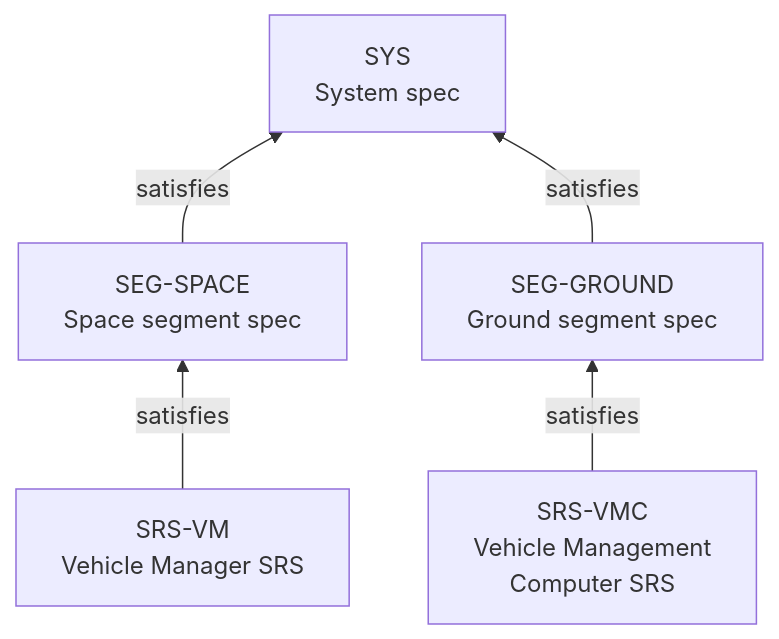
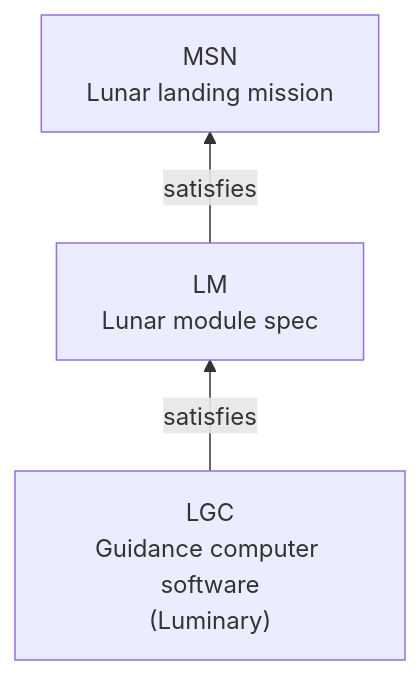
One commit to fillet54/automation-v3 changed the diagram in docs/reference/requirements.rst. Above: the diagram before and after it, drawn with Mermaid. The commit also changed other lines of this file and 29 other files, not shown here.

Commit message:
Docs and README: the Apollo lunar module as the example throughout

```diff
--- a/docs/reference/requirements.rst
+++ b/docs/reference/requirements.rst
@@ -18,8 +18,6 @@
 .. mermaid::
    :caption: The demo's specs, and the way their requirements trace
 
    flowchart BT
-     vm["SRS-VM<br/>Vehicle Manager SRS"] -- satisfies --> space["SEG-SPACE<br/>Space segment spec"]
-     vmc["SRS-VMC<br/>Vehicle Management<br/>Computer SRS"] -- satisfies --> ground["SEG-GROUND<br/>Ground segment spec"]
-     space -- satisfies --> sys["SYS<br/>System spec"]:::accent
-     ground -- satisfies --> sys
+     lgc["LGC<br/>Guidance computer software<br/>(Luminary)"] -- satisfies --> lm["LM<br/>Lunar module spec"]
+     lm -- satisfies --> msn["MSN<br/>Lunar landing mission"]:::accent
```
